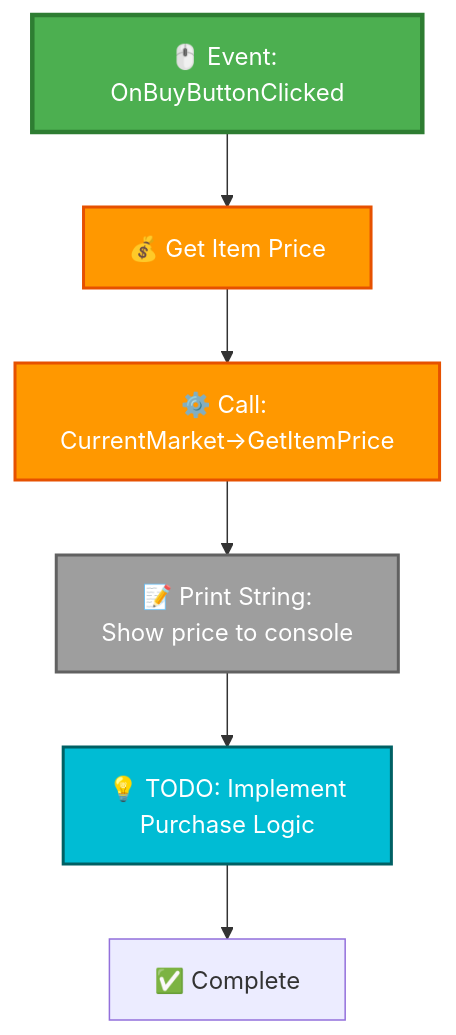
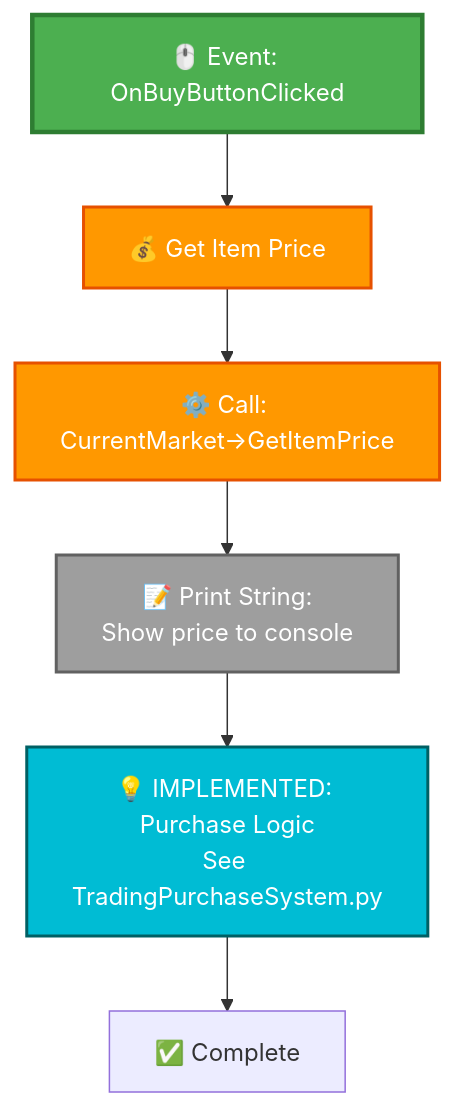
Before and after one commit to Mittenzx/Adastrea: the first of 4 diagrams in Blueprints/TradingSystemBlueprintGuide_UPDATED_SAMPLE.md, drawn with Mermaid. The commit also changed other lines of this file and 5 other files, not shown here.

First line of the commit message:
Hourly development: Trading purchase system implementation and documentation

````diff
--- a/Blueprints/TradingSystemBlueprintGuide_UPDATED_SAMPLE.md
+++ b/Blueprints/TradingSystemBlueprintGuide_UPDATED_SAMPLE.md
@@ -31,14 +31,14 @@
 ```mermaid
 graph TD
     A[🖱️ Event: OnBuyButtonClicked] --> B[💰 Get Item Price]
     B --> C[⚙️ Call: CurrentMarket→GetItemPrice]
     C --> D[📝 Print String:<br/>Show price to console]
-    D --> E[💡 TODO: Implement<br/>Purchase Logic]
+    D --> E[💡 IMPLEMENTED: Purchase Logic<br/>See TradingPurchaseSystem.py]
     E --> F[✅ Complete]
 
     style A fill:#4CAF50,stroke:#2E7D32,stroke-width:3px,color:#fff
     style B fill:#FF9800,stroke:#E65100,stroke-width:2px,color:#fff
     style C fill:#FF9800,stroke:#E65100,stroke-width:2px,color:#fff
     style D fill:#9E9E9E,stroke:#616161,stroke-width:2px,color:#fff
     style E fill:#00BCD4,stroke:#006064,stroke-width:2px,color:#fff
 ```
````
